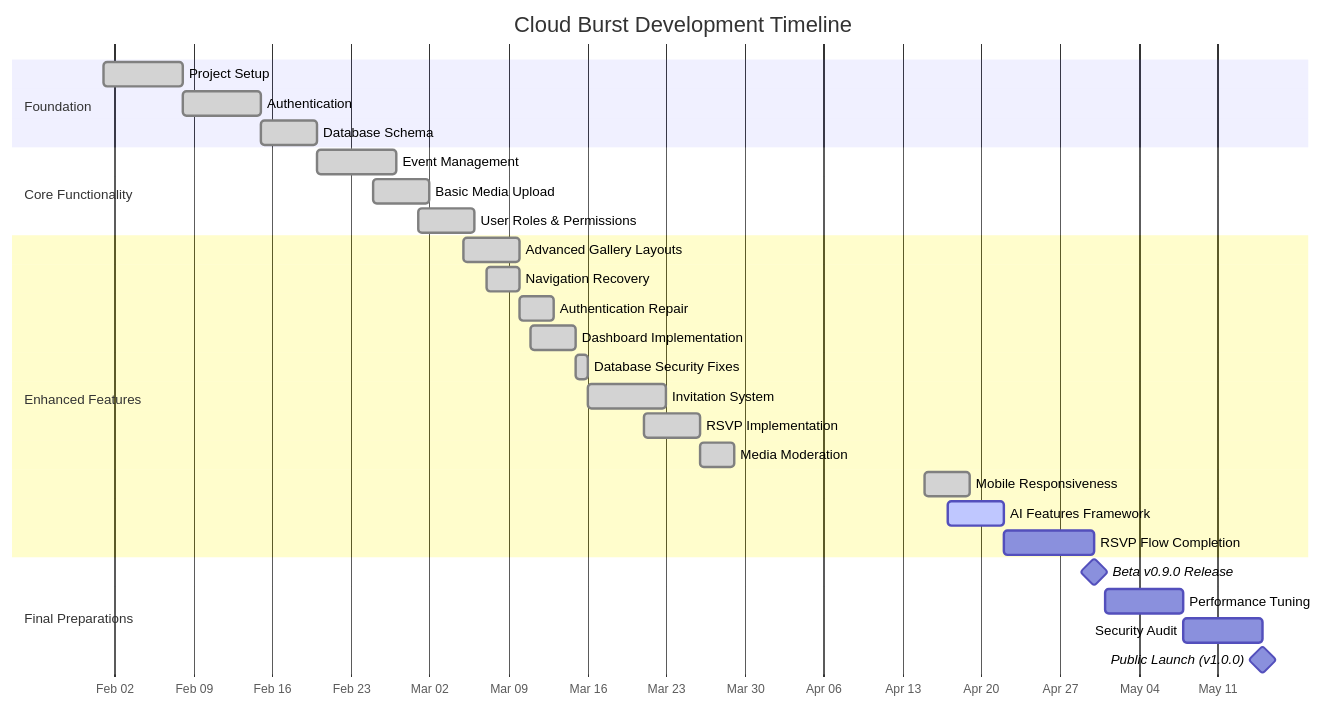
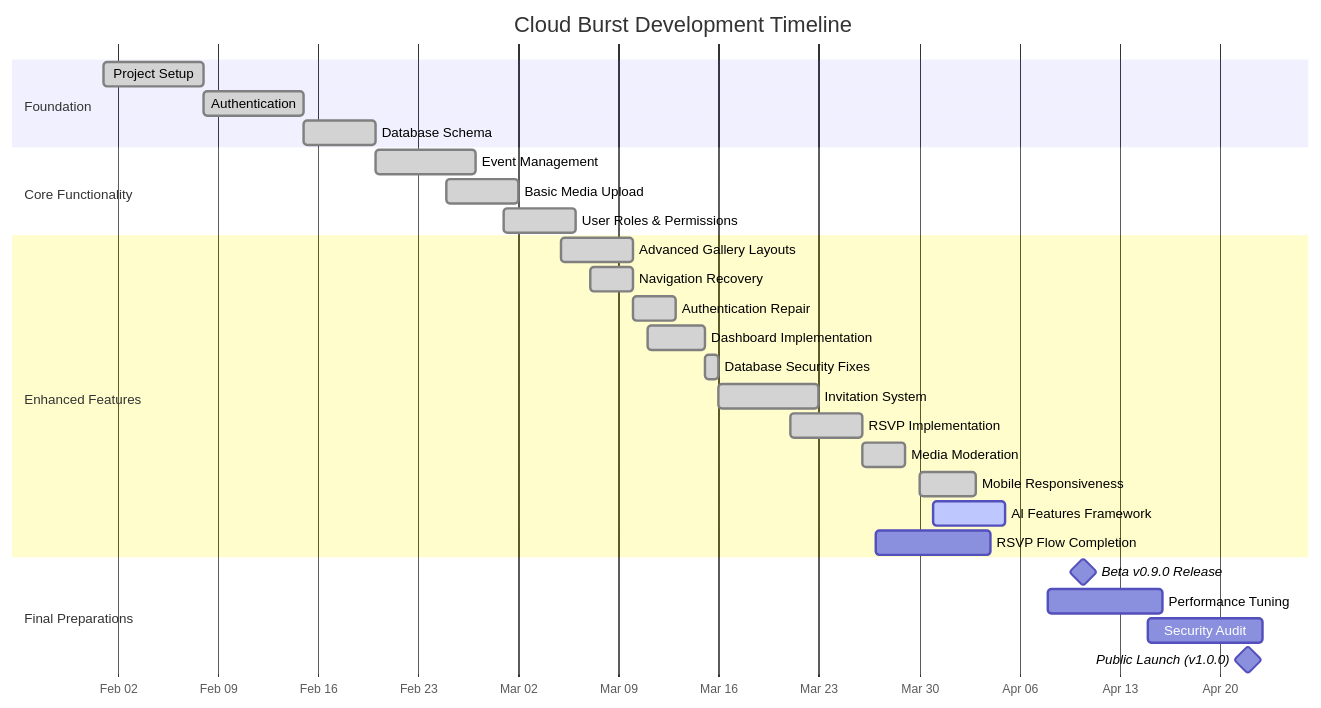
The third of 3 diagrams in README.md (mrj0nesmtl/cloud-burst), drawn with Mermaid before and after one commit. The commit also changed other lines of this file and 10 other files, not shown here.

Commit message:
Update documentation: fix timeline dates, improve formatting, update project status, archive session 32 files

````diff
--- a/README.md
+++ b/README.md
@@ -258,35 +236,35 @@
 ```mermaid
 gantt
     title Cloud Burst Development Timeline
     dateFormat  YYYY-MM-DD
     axisFormat %b %d
     
     section Foundation
     Project Setup           :done, f1, 2025-02-01, 7d
     Authentication          :done, f2, 2025-02-08, 7d
     Database Schema         :done, f3, 2025-02-15, 5d
     
     section Core Functionality
     Event Management        :done, c1, 2025-02-20, 7d
     Basic Media Upload      :done, c2, 2025-02-25, 5d
     User Roles & Permissions:done, c3, 2025-03-01, 5d
     
     section Enhanced Features
     Advanced Gallery Layouts:done, e1, 2025-03-05, 5d
     Navigation Recovery     :done, e2, 2025-03-07, 3d
     Authentication Repair   :done, e3, 2025-03-10, 3d
     Dashboard Implementation:done, e4, 2025-03-11, 4d
     Database Security Fixes :done, e5, 2025-03-15, 1d
     Invitation System       :done, e6, 2025-03-16, 7d
     RSVP Implementation     :done, e7, 2025-03-21, 5d
     Media Moderation        :done, e8, 2025-03-26, 3d
-    Mobile Responsiveness   :done, e9, 2025-04-15, 4d
-    AI Features Framework   :active, e10, 2025-04-17, 5d
-    RSVP Flow Completion    :e11, 2025-04-22, 8d
+    Mobile Responsiveness   :done, e9, 2025-03-30, 4d
+    AI Features Framework   :active, e10, 2025-03-31, 5d
+    RSVP Flow Completion    :e11, 2025-03-27, 8d
     
     section Final Preparations
-    Beta v0.9.0 Release     :milestone, b1, 2025-04-30, 0d
-    Performance Tuning      :o1, 2025-05-01, 7d
-    Security Audit          :o2, 2025-05-08, 7d
-    Public Launch (v1.0.0)  :milestone, l3, 2025-05-15, 0d
+    Beta v0.9.0 Release     :milestone, b1, 2025-04-07, 7d
+    Performance Tuning      :o1, 2025-04-08, 8d
+    Security Audit          :o2, 2025-04-15, 8d
+    Public Launch (v1.0.0)  :milestone, l3, 2025-04-22, 0d
 ```
````
